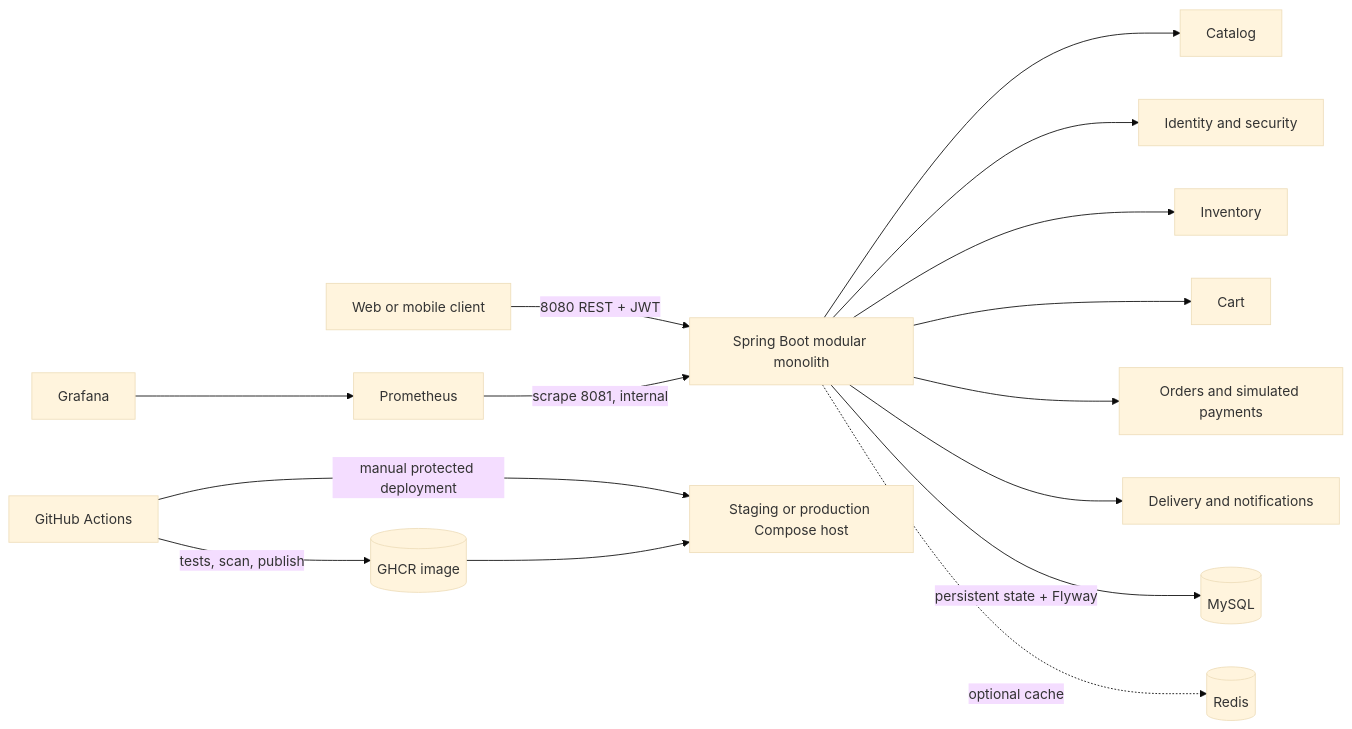
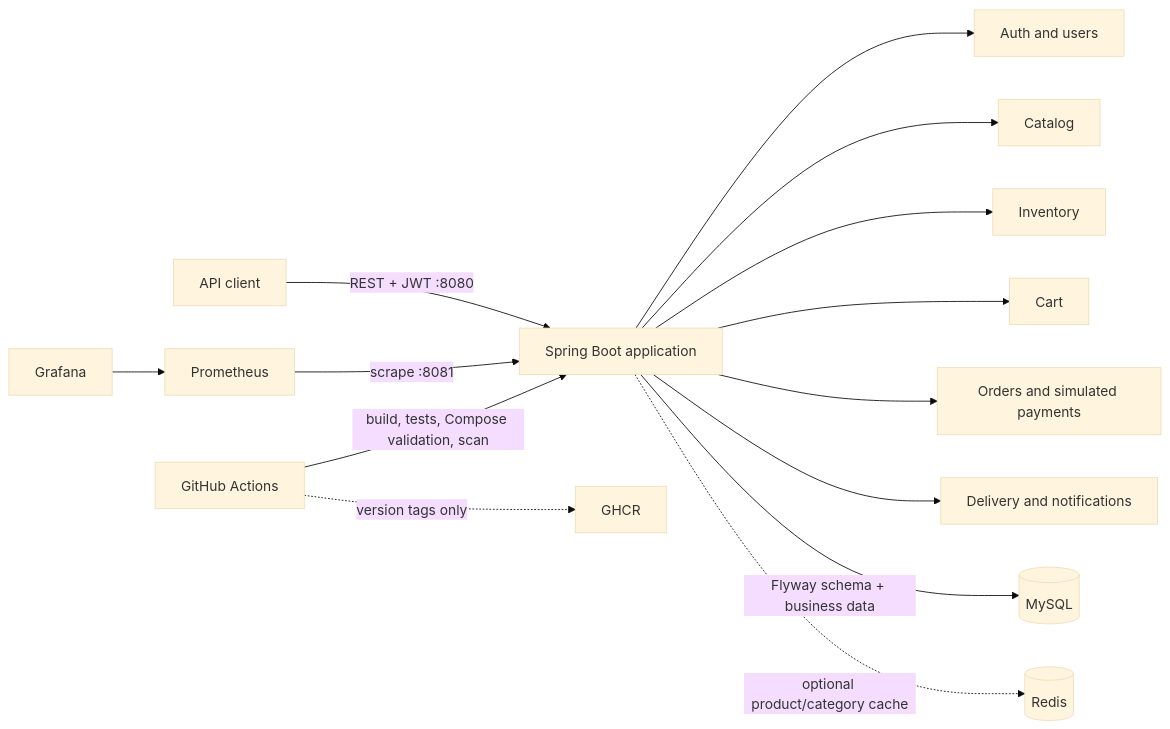
The diagram in docs/architecture.md (Ayush252003/zepto-clone), drawn with Mermaid (base theme) before and after one commit. The commit also changed other lines of this file and 10 other files, not shown here.

Commit message:
Refresh project documentation and CI release flow

````diff
--- a/docs/architecture.md
+++ b/docs/architecture.md
@@ -5,17 +5,16 @@
 ```mermaid
 flowchart LR
-  Client[Web or mobile client] -->|8080 REST + JWT| API[Spring Boot modular monolith]
-  API --> Catalog[Catalog]
-  API --> Auth[Identity and security]
-  API --> Inventory[Inventory]
-  API --> Cart[Cart]
-  API --> Orders[Orders and simulated payments]
-  API --> Delivery[Delivery and notifications]
-  API -->|persistent state + Flyway| MySQL[(MySQL)]
-  API -. optional cache .-> Redis[(Redis)]
-  Prometheus[Prometheus] -->|scrape 8081, internal| API
+  Client[API client] -->|REST + JWT :8080| App[Spring Boot application]
+  App --> Auth[Auth and users]
+  App --> Catalog[Catalog]
+  App --> Inventory[Inventory]
+  App --> Cart[Cart]
+  App --> Orders[Orders and simulated payments]
+  App --> Delivery[Delivery and notifications]
+  App -->|Flyway schema + business data| DB[(MySQL)]
+  App -. optional product/category cache .-> Redis[(Redis)]
+  Prometheus[Prometheus] -->|scrape :8081| App
   Grafana[Grafana] --> Prometheus
-  GH[GitHub Actions] -->|tests, scan, publish| GHCR[(GHCR image)]
-  GH -->|manual protected deployment| Host[Staging or production Compose host]
-  GHCR --> Host
+  Actions[GitHub Actions] -->|build, tests, Compose validation, scan| App
+  Actions -. version tags only .-> GHCR[GHCR]
 ```
````
